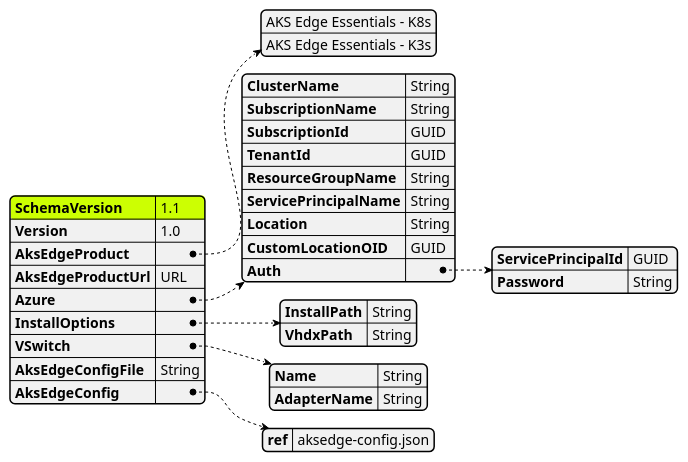
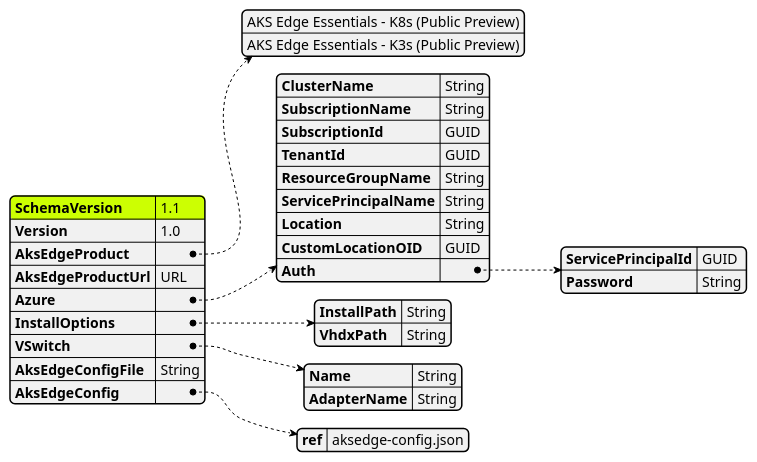
The diagram in tools/modules/AksEdgeDeploy/aide-userconfig.puml (Azure/AKS-Edge), drawn with PlantUML before and after one commit. The commit also changed 10 other files, not shown here.

```diff
--- a/tools/modules/AksEdgeDeploy/aide-userconfig.puml
+++ b/tools/modules/AksEdgeDeploy/aide-userconfig.puml
@@ -1,65 +1,61 @@
 @startjson AksEdgeDeploy
 <style>
 jsonDiagram {
     node {
-        FontName Segoe UI
-        FontColor blue
         FontSize 12
         RoundCorner 10
-        LineThickness 1
+        LineThickness 0.5
         separator {
             LineThickness 0.25
-            LineColor black
         }
     }
     arrow {
-        LineColor blue
-        LineThickness 1
-        LineStyle 2;5
+        LineThickness 0.5
+        LineStyle 2;6
     }
     highlight {
-        BackgroundColor Blue
+        BackgroundColor black
         FontColor White
     }
 }
 </style>
 #highlight "SchemaVersion"
 {
     "SchemaVersion":"1.1",
     "Version":"1.0",
     "AksEdgeProduct" : [
-                "AKS Edge Essentials - K8s",
-                "AKS Edge Essentials - K3s"
+                "AKS Edge Essentials - K8s (Public Preview)",
+                "AKS Edge Essentials - K3s (Public Preview)"
             ],
     "AksEdgeProductUrl" : "URL",
     "Azure":{
         "ClusterName":"String",
         "SubscriptionName":"String",
         "SubscriptionId": "GUID",
         "TenantId":"GUID",
         "ResourceGroupName": "String",
         "ServicePrincipalName" : "String",
         "Location" : "String",
         "CustomLocationOID":"GUID",
         "Auth": {
             "ServicePrincipalId" : "GUID",
             "Password" : "String"
         }
     }
     ,
     "InstallOptions":{
         "InstallPath":"String",
         "VhdxPath":"String"
     }
     ,
     "VSwitch": {
         "Name": "String",
         "AdapterName": "String"
     }
     ,
     "AksEdgeConfigFile":"String",
     "AksEdgeConfig":{
         "ref" :"aksedge-config.json"
     }
 }
 @endjson
```
